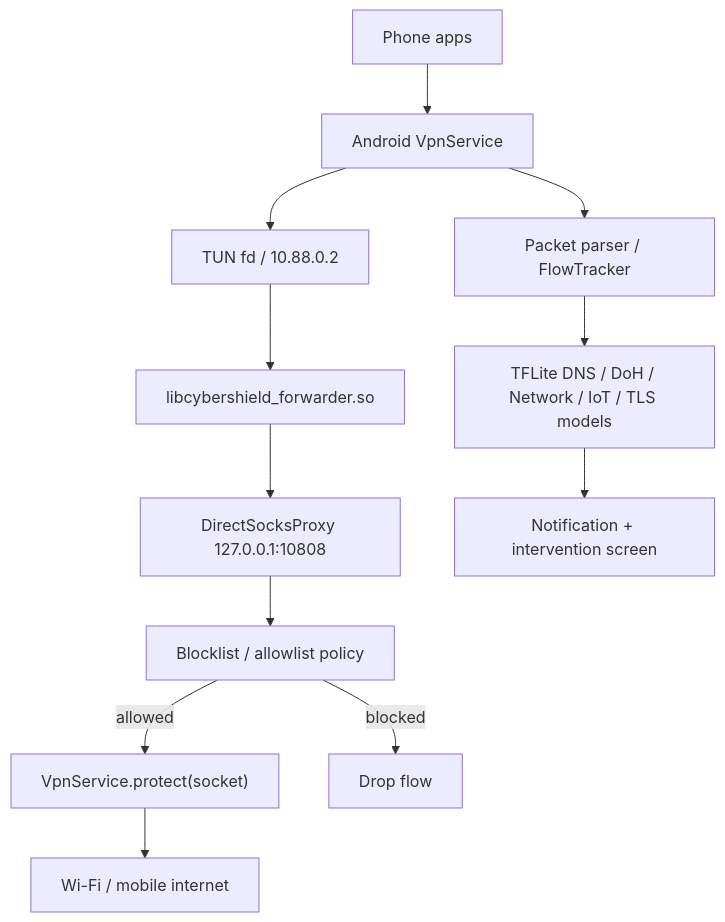
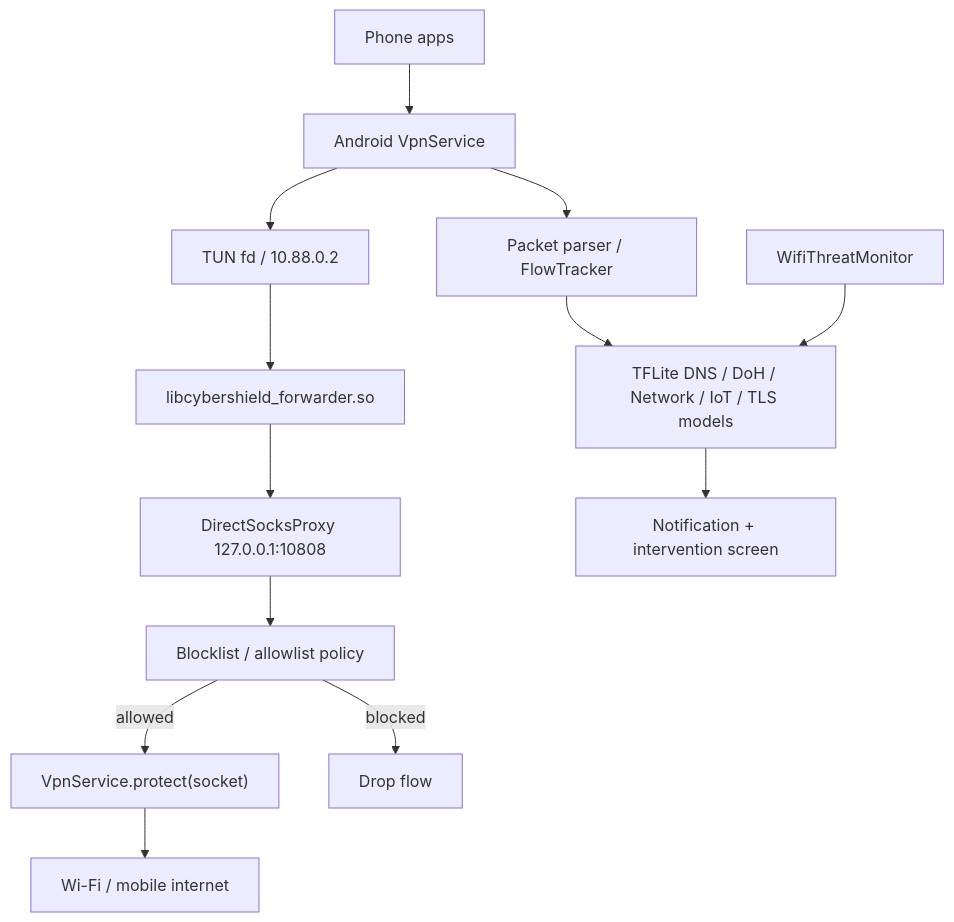
Before and after one commit to chefvolkan53-ctrl/CyberShieldAndroid: the diagram in docs/DEFENSE_ARCHITECTURE.md, drawn with Mermaid. The commit also changed other lines of this file and 14 other files, not shown here.

````diff
--- a/docs/DEFENSE_ARCHITECTURE.md
+++ b/docs/DEFENSE_ARCHITECTURE.md
@@ -57,14 +58,15 @@
 ```mermaid
 flowchart TD
     Apps["Phone apps"] --> AndroidVpn["Android VpnService"]
     AndroidVpn --> Tun["TUN fd / 10.88.0.2"]
     Tun --> Native["libcybershield_forwarder.so"]
     Native --> Socks["DirectSocksProxy 127.0.0.1:10808"]
     Socks --> Policy["Blocklist / allowlist policy"]
     Policy -->|allowed| Protect["VpnService.protect(socket)"]
     Policy -->|blocked| Drop["Drop flow"]
     Protect --> Internet["Wi-Fi / mobile internet"]
     AndroidVpn --> Parser["Packet parser / FlowTracker"]
     Parser --> Models["TFLite DNS / DoH / Network / IoT / TLS models"]
+    Wifi["WifiThreatMonitor"] --> Models
     Models --> Intervention["Notification + intervention screen"]
 ```
````
